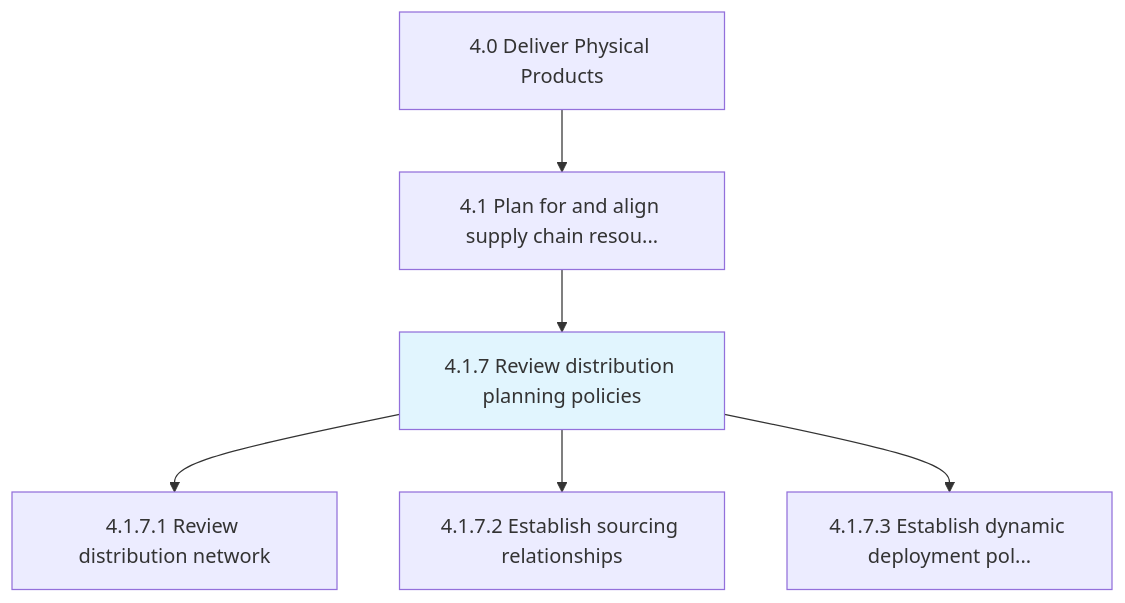
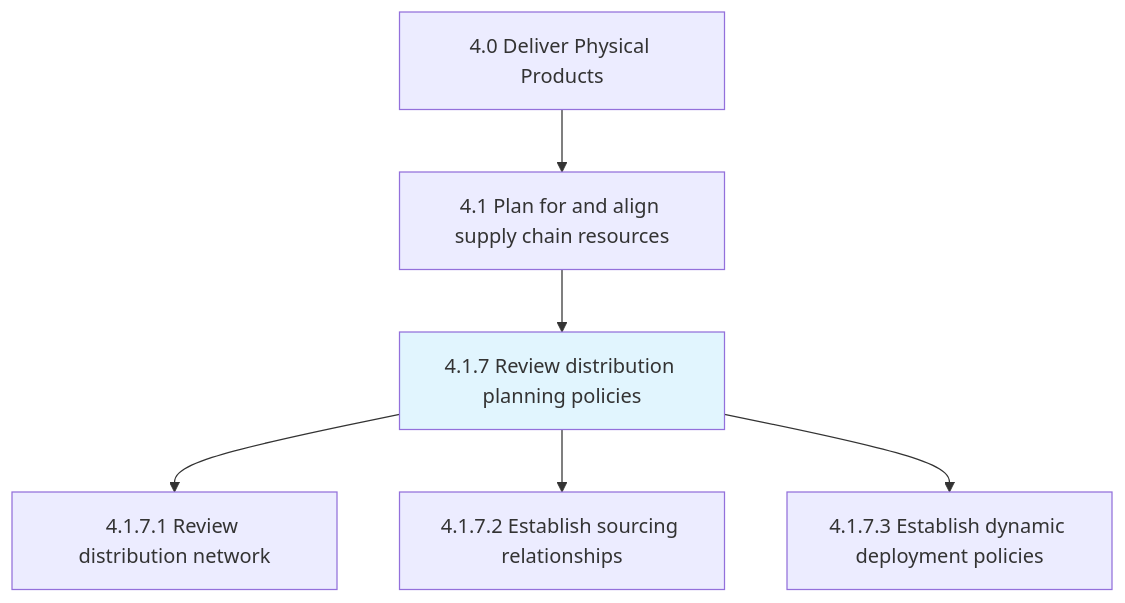
Before and after one commit to kziemski/business.org.ai: the first of 2 diagrams in processes/04-Delivery/4.1-PlanAlignSupplyChain/4.1.7-ReviewDistributionPlanningPolicies/index.mdx, drawn with Mermaid. The commit also changed other lines of this file and 885 other files, not shown here.

````diff
--- a/processes/04-Delivery/4.1-PlanAlignSupplyChain/4.1.7-ReviewDistributionPlanningPolicies/index.mdx
+++ b/processes/04-Delivery/4.1-PlanAlignSupplyChain/4.1.7-ReviewDistributionPlanningPolicies/index.mdx
@@ -25,10 +25,10 @@
 ```mermaid
 graph TD
     C4["4.0 Deliver Physical Products"]
-    C4 --> N4_1["4.1 Plan for and align supply chain resou..."]
+    C4 --> N4_1["4.1 Plan for and align supply chain resources"]
     N4_1 --> N4_1_7["4.1.7 Review distribution planning policies"]
     style N4_1_7 fill:#e1f5fe
     N4_1_7 --> N4_1_7_1["4.1.7.1 Review distribution network"]
     N4_1_7 --> N4_1_7_2["4.1.7.2 Establish sourcing relationships"]
-    N4_1_7 --> N4_1_7_3["4.1.7.3 Establish dynamic deployment pol..."]
+    N4_1_7 --> N4_1_7_3["4.1.7.3 Establish dynamic deployment policies"]
 ```
````
